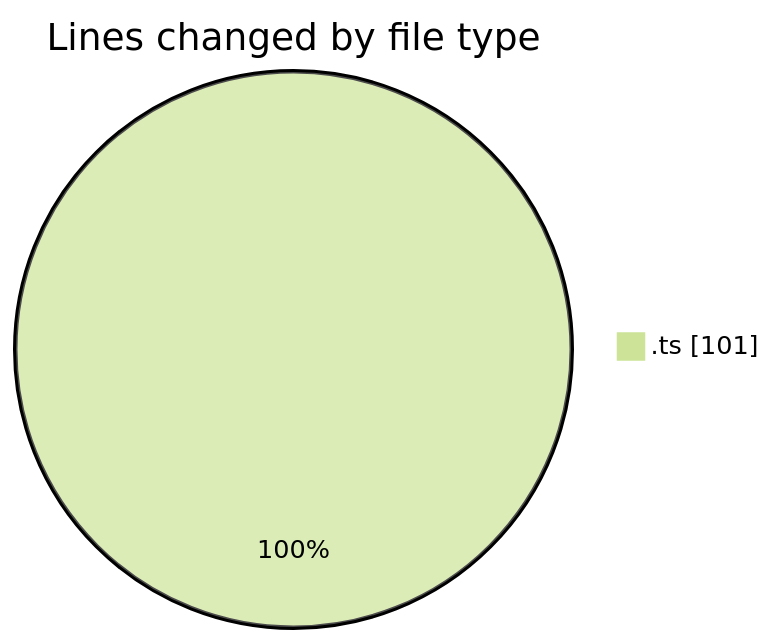
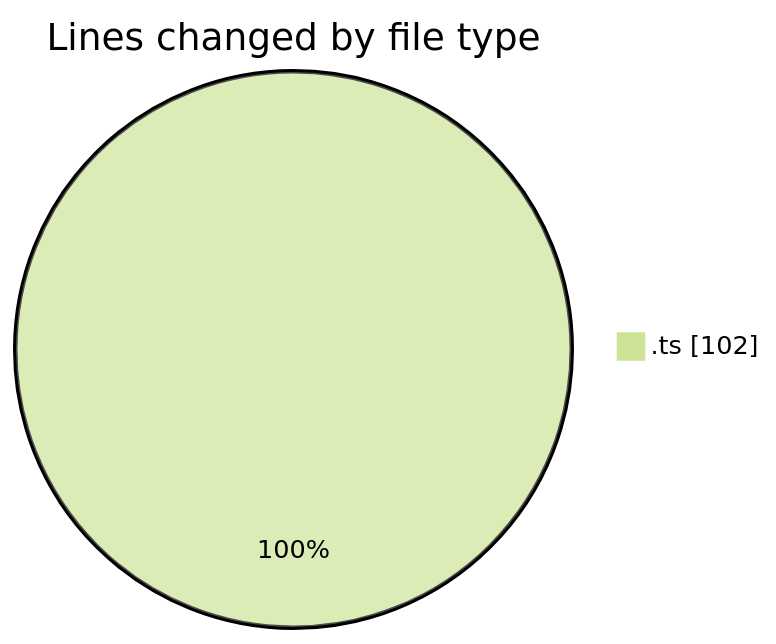
One commit to momahboobian/code-tracking changed the first of 2 diagrams in 2025-06-20/cda/README.md. Above: the diagram before and after it, drawn with Mermaid (forest theme). The commit also changed other lines of this file and 1 other file, not shown here.

````diff
--- a/2025-06-20/cda/README.md
+++ b/2025-06-20/cda/README.md
@@ -20,5 +20,5 @@
 ```mermaid
 pie showData
 title Lines changed by file type
-".ts" : 101
+".ts" : 102
 ```
````
